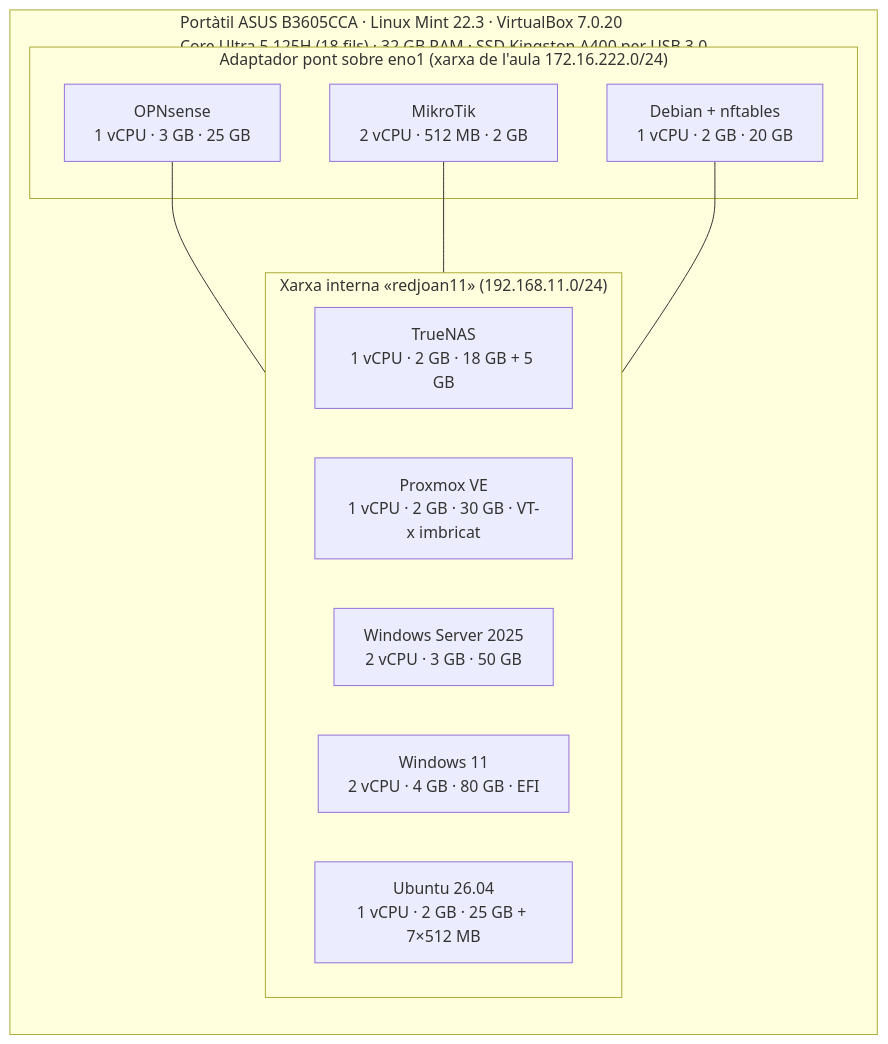
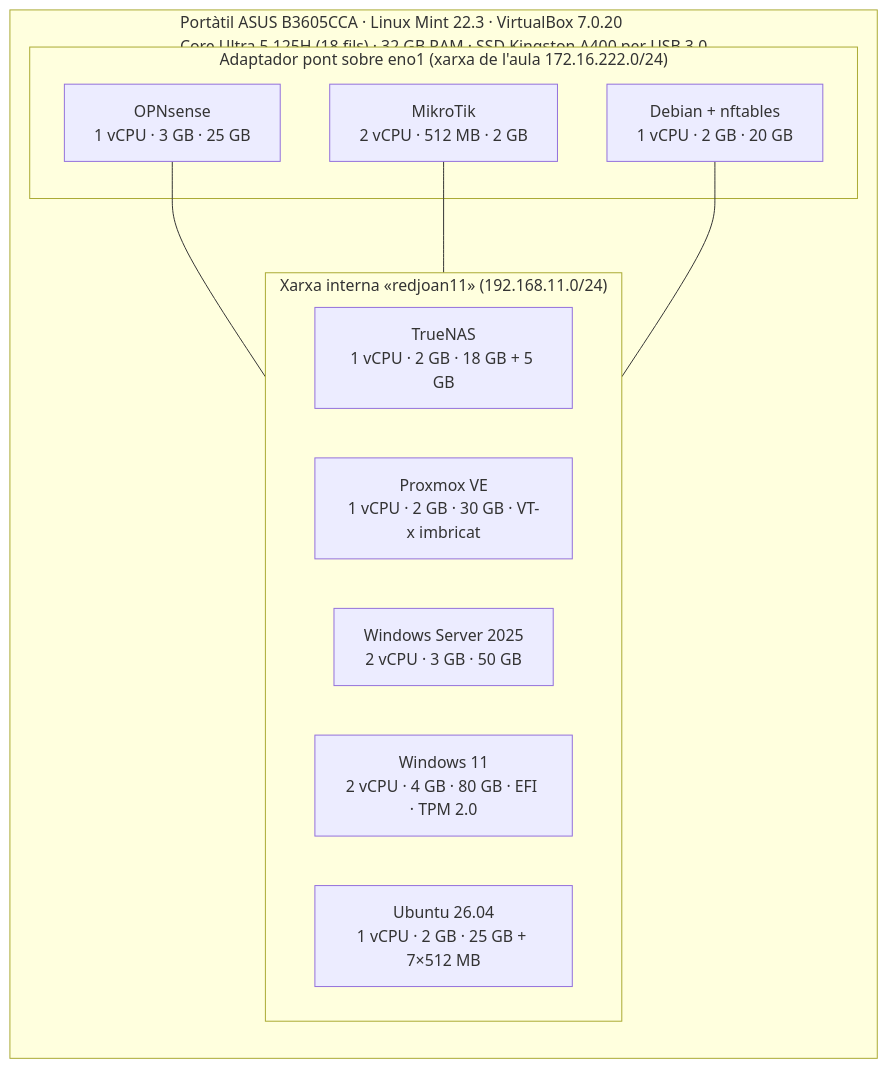
Before and after one commit to Jowy293/Projecte-Iso-JoanBrotons: the diagram in Tasca0.md, drawn with Mermaid. The commit also changed other lines of this file and 6 other files, not shown here.

````diff
--- a/Tasca0.md
+++ b/Tasca0.md
@@ -24,19 +24,19 @@
 ```mermaid
 flowchart LR
     subgraph HOST["Portàtil ASUS B3605CCA · Linux Mint 22.3 · VirtualBox 7.0.20<br/>Core Ultra 5 125H (18 fils) · 32 GB RAM · SSD Kingston A400 per USB 3.0"]
         direction TB
         subgraph PONT["Adaptador pont sobre eno1 (xarxa de l'aula 172.16.222.0/24)"]
             OPN["OPNsense<br/>1 vCPU · 3 GB · 25 GB"]
             MK["MikroTik<br/>2 vCPU · 512 MB · 2 GB"]
             DEB["Debian + nftables<br/>1 vCPU · 2 GB · 20 GB"]
         end
         subgraph INT["Xarxa interna «redjoan11» (192.168.11.0/24)"]
             TN["TrueNAS<br/>1 vCPU · 2 GB · 18 GB + 5 GB"]
             PVE["Proxmox VE<br/>1 vCPU · 2 GB · 30 GB · VT-x imbricat"]
             WS["Windows Server 2025<br/>2 vCPU · 3 GB · 50 GB"]
-            W11["Windows 11<br/>2 vCPU · 4 GB · 80 GB · EFI"]
+            W11["Windows 11<br/>2 vCPU · 4 GB · 80 GB · EFI · TPM 2.0"]
             UB["Ubuntu 26.04<br/>1 vCPU · 2 GB · 25 GB + 7×512 MB"]
         end
     end
     OPN & MK & DEB --- INT
 ```
````
